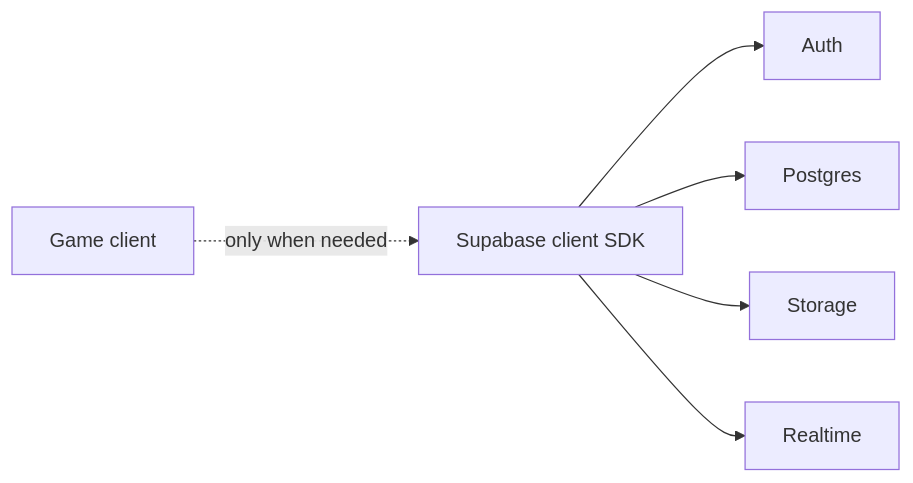
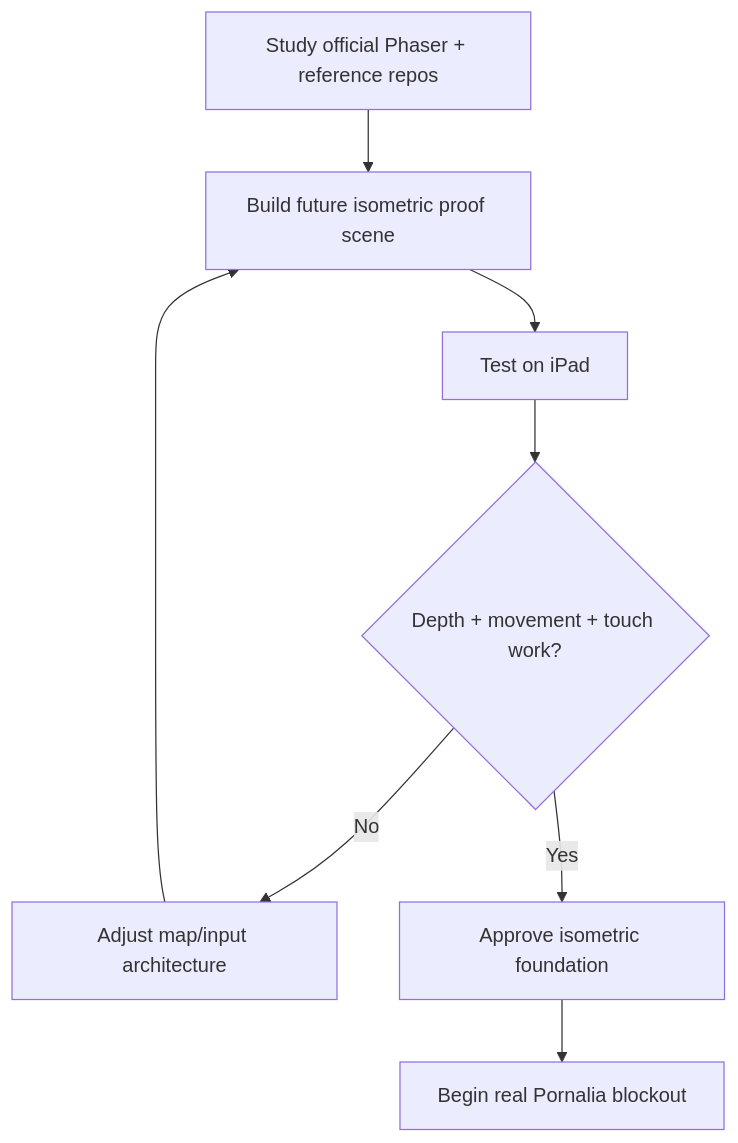
One commit to altairrojas/the-legend-of-comira changed the fourth of 5 diagrams in README.md. Above: the diagram before and after it, drawn with Mermaid. The commit also changed other lines of this file, not shown here.

Commit message:
docs: redefine game as isometric exploration RPG

````diff
--- a/README.md
+++ b/README.md
@@ -236,8 +332,10 @@
 ```mermaid
-graph LR;
-    Game["Game client"] -. "only when needed" .-> SDK["Supabase client SDK"];
-    SDK --> Auth["Auth"];
-    SDK --> Database["Postgres"];
-    SDK --> Storage["Storage"];
-    SDK --> Realtime["Realtime"];
+graph TD;
+    Research["Study official Phaser + reference repos"] --> Prototype["Build future isometric proof scene"];
+    Prototype --> Test["Test on iPad"];
+    Test --> Depth{"Depth + movement + touch work?"};
+    Depth -->|"No"| Adjust["Adjust map/input architecture"];
+    Adjust --> Prototype;
+    Depth -->|"Yes"| Approve["Approve isometric foundation"];
+    Approve --> Pornalia["Begin real Pornalia blockout"];
 ```
````
